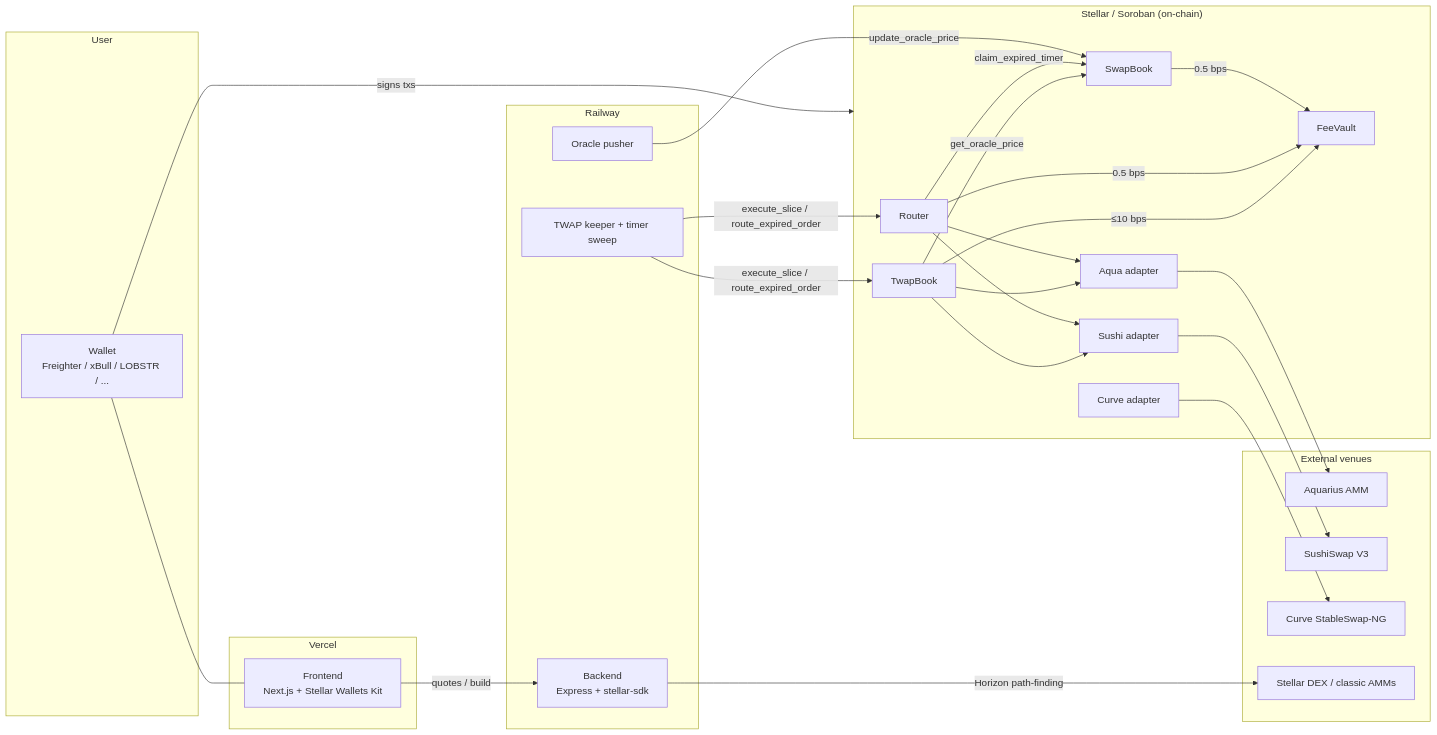
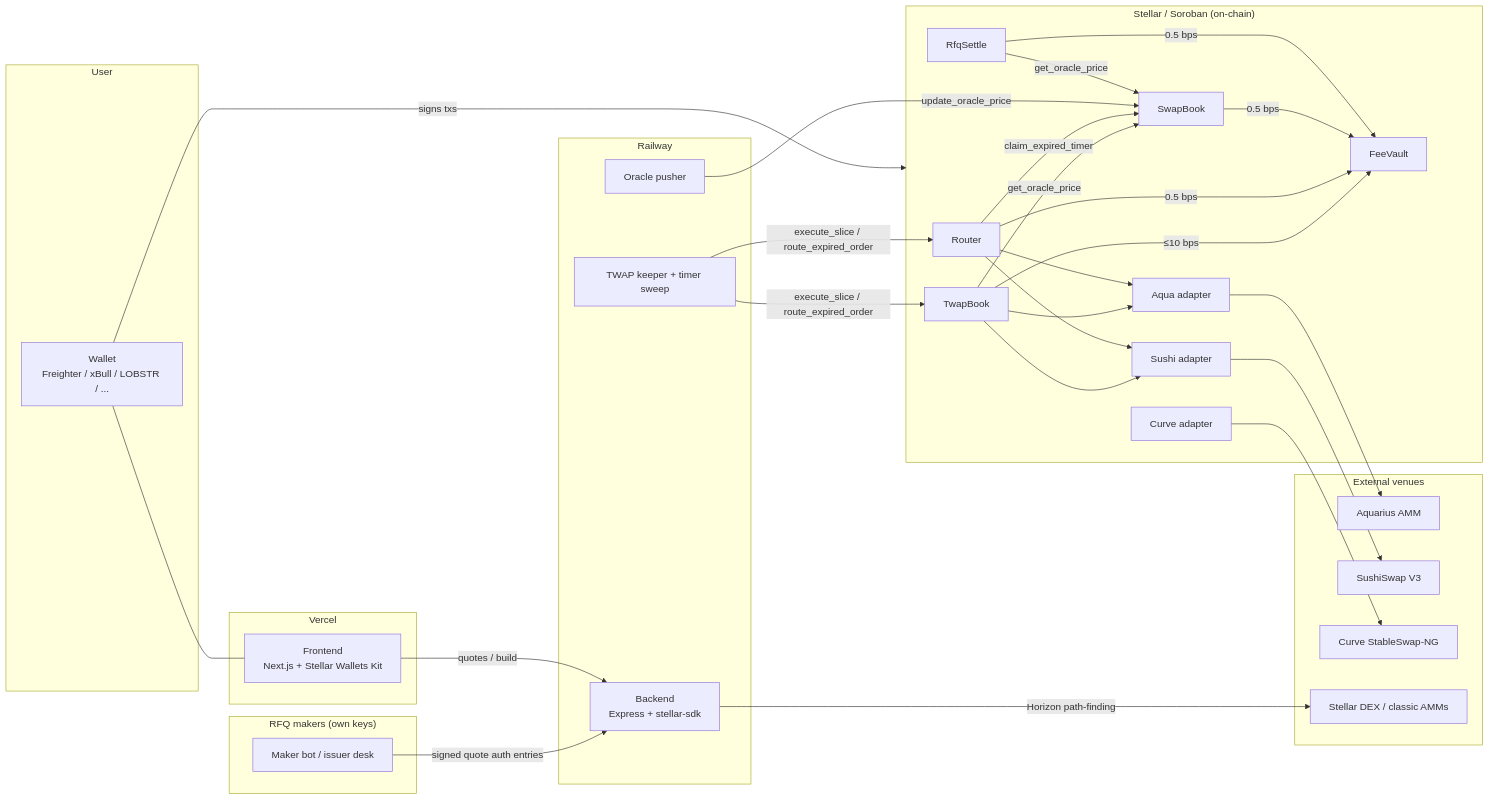
The diagram in ARCHITECTURE.md (kebkoether/ufama), drawn with Mermaid before and after one commit. The commit also changed other lines of this file and 32 other files, not shown here.

````diff
--- a/ARCHITECTURE.md
+++ b/ARCHITECTURE.md
@@ -34,46 +34,53 @@
 ```mermaid
 flowchart LR
     subgraph User
         W[Wallet<br/>Freighter / xBull / LOBSTR / ...]
     end
     subgraph Vercel
         FE[Frontend<br/>Next.js + Stellar Wallets Kit]
     end
     subgraph Railway
         BE[Backend<br/>Express + stellar-sdk]
         K[TWAP keeper + timer sweep]
         OP[Oracle pusher]
     end
+    subgraph Makers["RFQ makers (own keys)"]
+        MB[Maker bot / issuer desk]
+    end
     subgraph Soroban["Stellar / Soroban (on-chain)"]
         SB[SwapBook]
         R[Router]
         TB[TwapBook]
         FV[FeeVault]
+        RQ[RfqSettle]
         AA[Aqua adapter]
         SA[Sushi adapter]
         CA[Curve adapter]
     end
     subgraph Venues["External venues"]
         AQ[Aquarius AMM]
         SU[SushiSwap V3]
         CV[Curve StableSwap-NG]
         DEX[Stellar DEX / classic AMMs]
     end
 
     W -- signs txs --> Soroban
     FE -- quotes / build --> BE
+    MB -- signed quote auth entries --> BE
+    RQ -- get_oracle_price --> SB
+    RQ -- 0.5 bps --> FV
     W --- FE
     BE -- Horizon path-finding --> DEX
     K -- execute_slice / route_expired_order --> TB & R
     OP -- update_oracle_price --> SB
     R --> AA & SA
     TB --> AA & SA
     R -- claim_expired_timer --> SB
     TB -- get_oracle_price --> SB
     AA --> AQ
     SA --> SU
     CA --> CV
     SB -- 0.5 bps --> FV
     R -- 0.5 bps --> FV
     TB -- ≤10 bps --> FV
 ```
````
